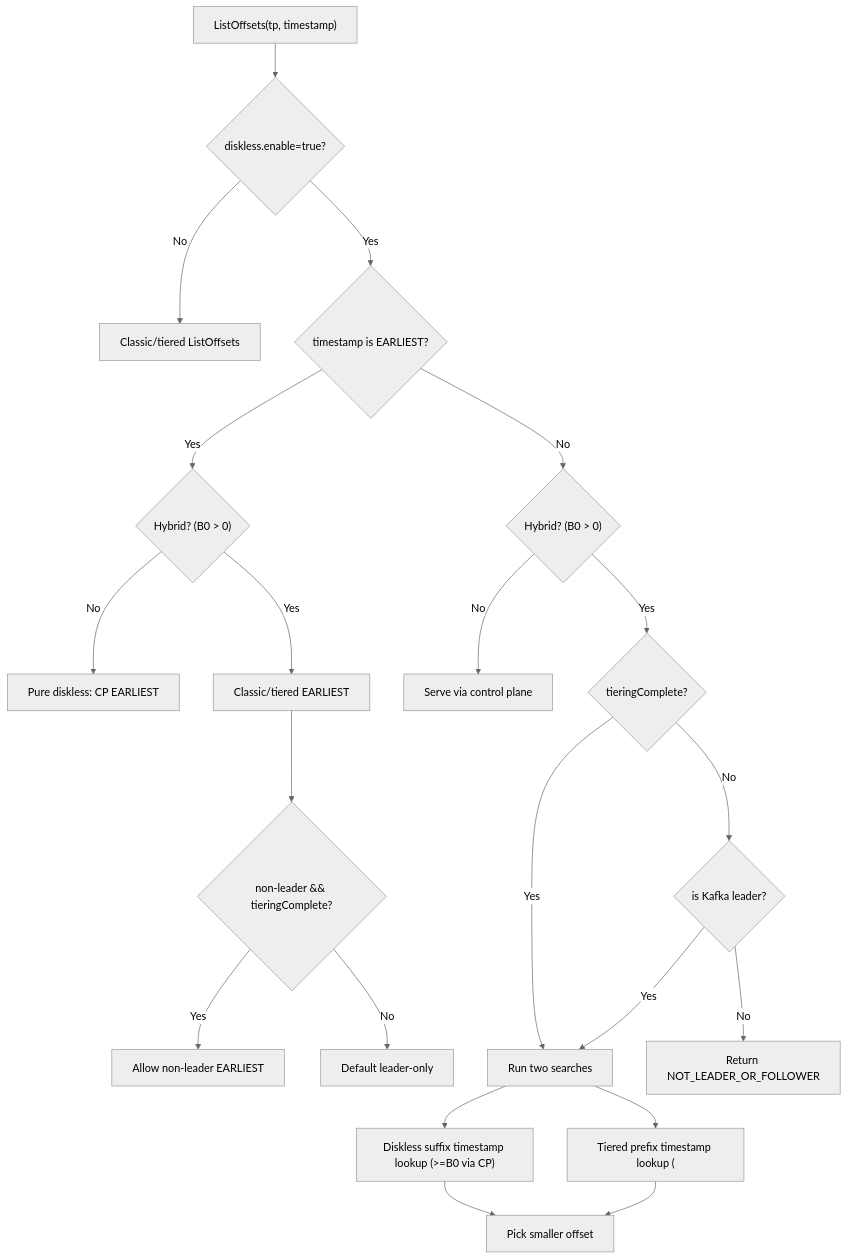
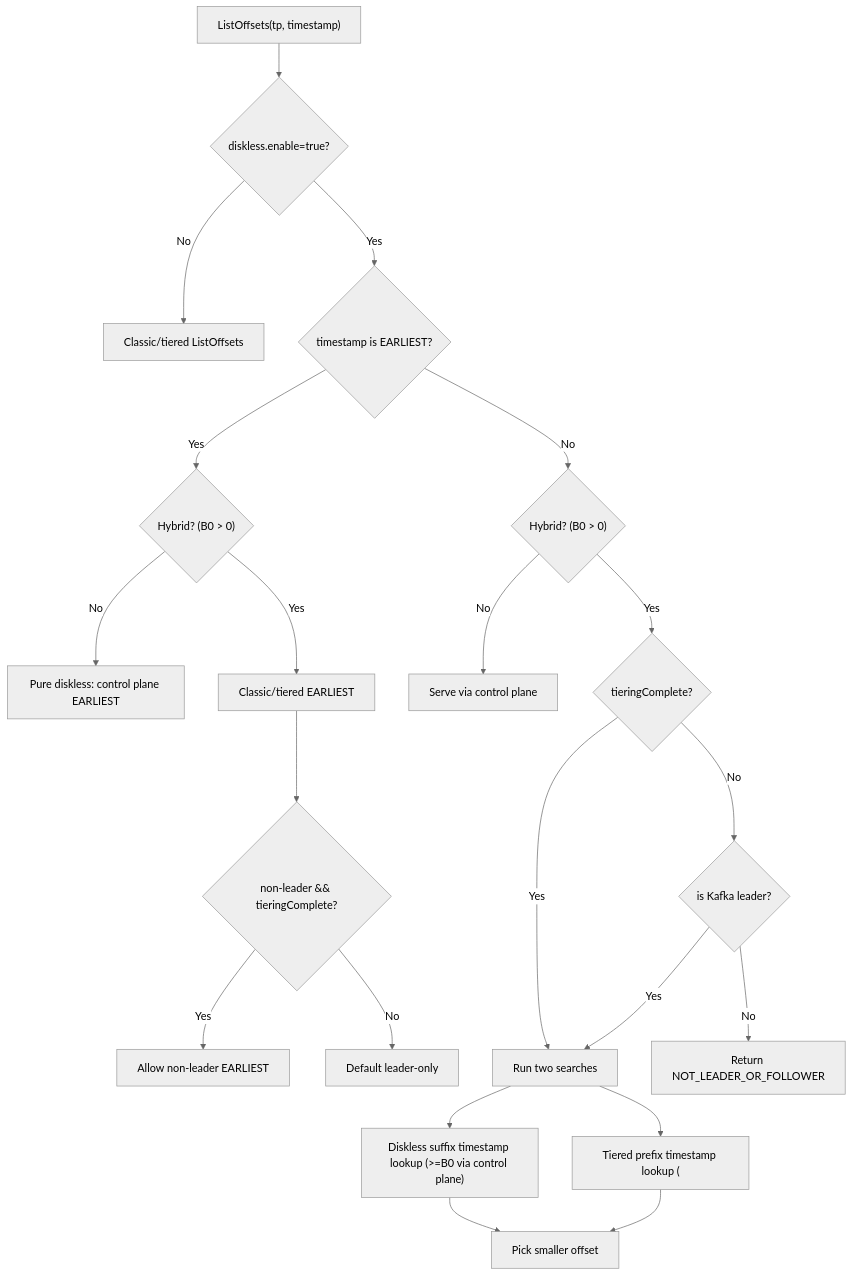
Before and after one commit to aiven/inkless: the fourth of 4 diagrams in docs/inkless/ts-unification/MIGRATION_TIERED_TO_DISKLESS.md, drawn with Mermaid (neutral theme). The commit also changed other lines of this file, not shown here.

Commit message:
fixup! Migration from tiered to diskless design draft

````diff
--- a/docs/inkless/ts-unification/MIGRATION_TIERED_TO_DISKLESS.md
+++ b/docs/inkless/ts-unification/MIGRATION_TIERED_TO_DISKLESS.md
@@ -463,25 +492,25 @@
 ```mermaid
 flowchart TD
   A["ListOffsets(tp, timestamp)"] --> B{diskless.enable=true?}
   B -- No --> C[Classic/tiered ListOffsets]
 
   B -- Yes --> D{timestamp is EARLIEST?}
   D -- Yes --> F{"Hybrid? (B0 > 0)"}
-  F -- No --> G[Pure diskless: CP EARLIEST]
+  F -- No --> G[Pure diskless: control plane EARLIEST]
   F -- Yes --> H[Classic/tiered EARLIEST]
   H --> I{non-leader && tieringComplete?}
   I -- Yes --> J[Allow non-leader EARLIEST]
   I -- No --> K[Default leader-only]
 
   D -- No --> E{"Hybrid? (B0 > 0)"}
   E -- No --> L[Serve via control plane]
   E -- Yes --> P{tieringComplete?}
   P -- No --> S{is Kafka leader?}
   S -- Yes --> M["Run two searches (prefix from local)"]
   S -- No --> T[Return NOT_LEADER_OR_FOLLOWER]
   P -- Yes --> M[Run two searches]
   M --> N["Tiered prefix timestamp lookup (<B0)"]
-  M --> O["Diskless suffix timestamp lookup (>=B0 via CP)"]
+  M --> O["Diskless suffix timestamp lookup (>=B0 via control plane)"]
   N --> Q[Pick smaller offset]
   O --> Q
 ```
````
